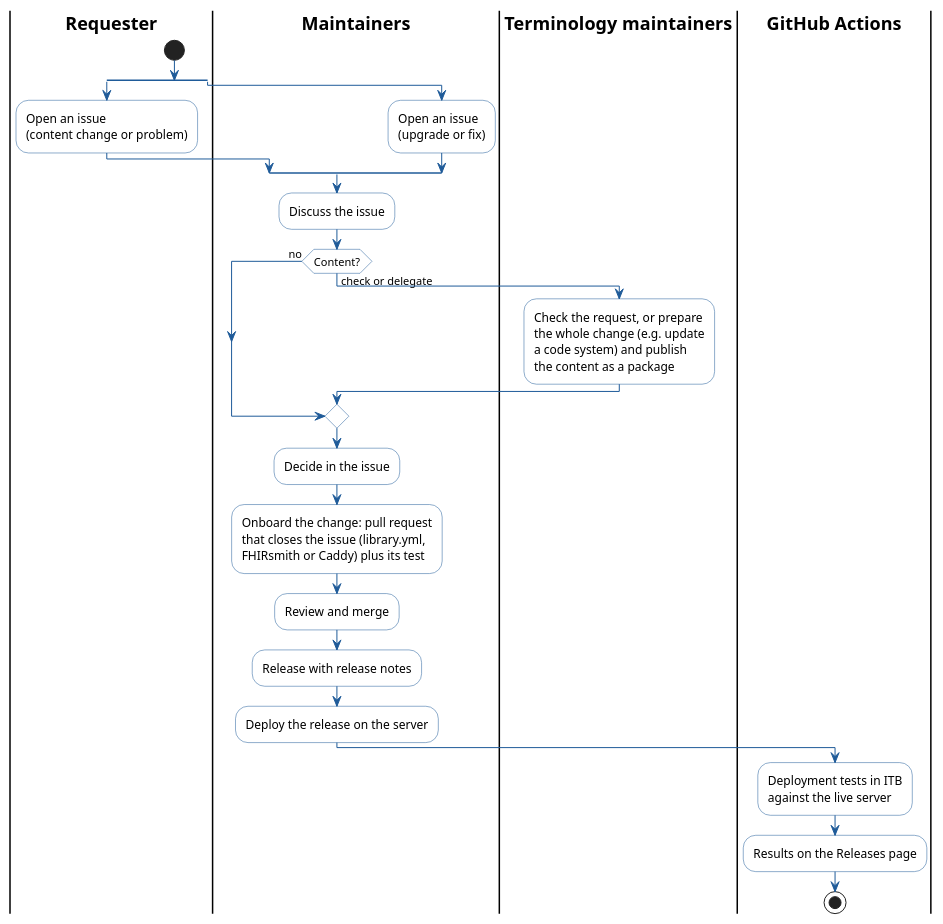
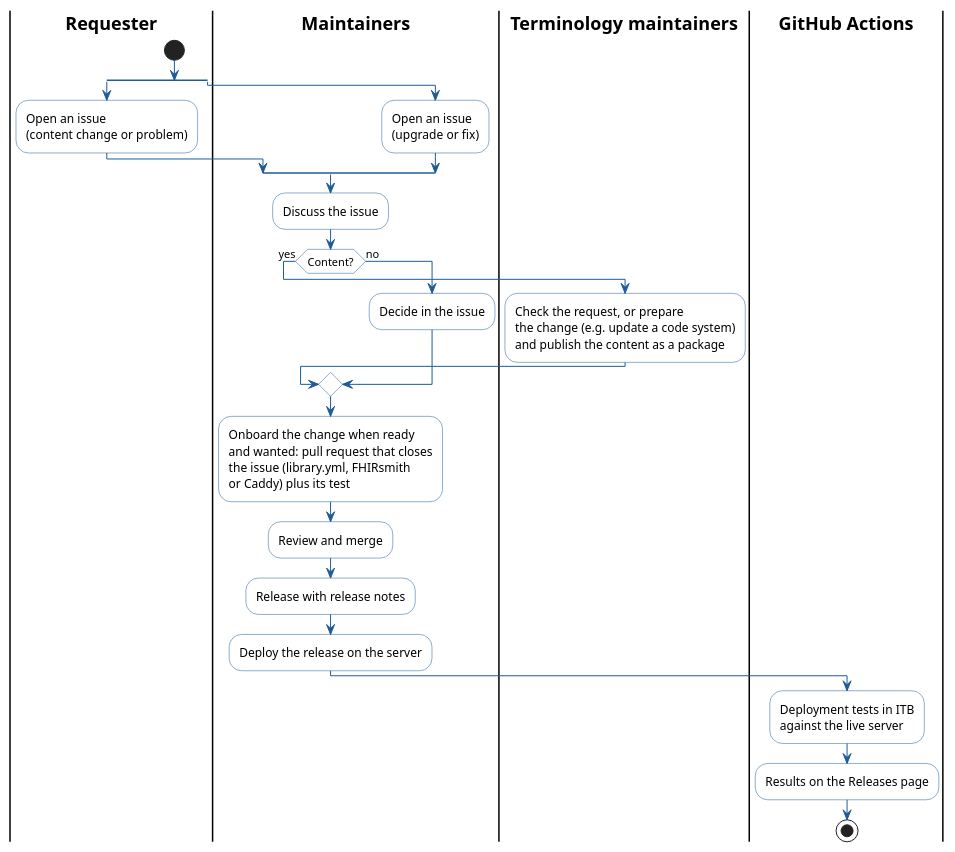
Before and after one commit to hl7-eu/tx.hl7europe.eu: the diagram in docs/index.md, drawn with PlantUML. The commit also changed 1 other file, not shown here.

Commit message:
Content requests are for the terminology maintainers to decide
The maintainers decide on server changes and problems; content they onboard
when the terminology maintainers have it ready and it is wanted.

Refs #10, #11

```diff
--- a/docs/index.md
+++ b/docs/index.md
@@ -25,45 +25,45 @@
 @startuml
 skinparam shadowing false
 skinparam defaultFontName Arial
 skinparam ActivityBackgroundColor #FFFFFF
 skinparam ActivityBorderColor #1F5B99
 skinparam ArrowColor #1F5B99
 skinparam SwimlaneTitleFontStyle bold
 |Requester|
 |Maintainers|
 |Terminology maintainers|
 |GitHub Actions|
 |Requester|
 start
 split
   :Open an issue
   (content change or problem);
 split again
   |Maintainers|
   :Open an issue
   (upgrade or fix);
 end split
 |Maintainers|
 :Discuss the issue;
-if (Content?) then (check or delegate)
+if (Content?) then (yes)
   |Terminology maintainers|
   :Check the request, or prepare
-  the whole change (e.g. update
-  a code system) and publish
-  the content as a package;
+  the change (e.g. update a code system)
+  and publish the content as a package;
   |Maintainers|
 else (no)
+  :Decide in the issue;
 endif
-:Decide in the issue;
-:Onboard the change: pull request
-that closes the issue (library.yml,
-FHIRsmith or Caddy) plus its test;
+:Onboard the change when ready
+and wanted: pull request that closes
+the issue (library.yml, FHIRsmith
+or Caddy) plus its test;
 :Review and merge;
 :Release with release notes;
 :Deploy the release on the server;
 |GitHub Actions|
 :Deployment tests in ITB
 against the live server;
 :Results on the Releases page;
 stop
 @enduml
```
